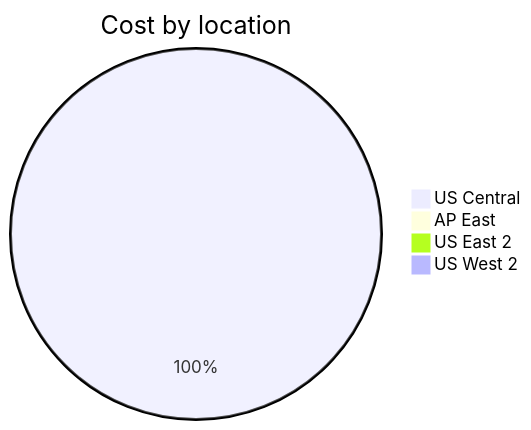
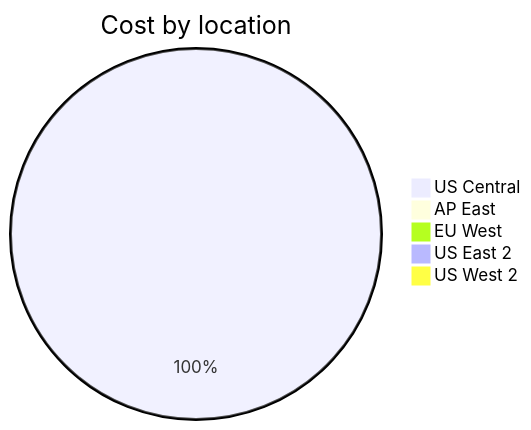
The third of 4 diagrams in cost-reports/personal-site/personal-site-preview.md (jpfulton/azure-personal-reports), drawn with Mermaid before and after one commit. The commit also changed other lines of this file and 6 other files, not shown here.

````diff
--- a/cost-reports/personal-site/personal-site-preview.md
+++ b/cost-reports/personal-site/personal-site-preview.md
@@ -110,8 +111,9 @@
 ```mermaid
 pie
    title Cost by location
-   "US Central" : 3.22
+   "US Central" : 3.53
    "AP East" : 0.00
+   "EU West" : 0.00
    "US East 2" : 0.00
    "US West 2" : 0.00
 ```
````
